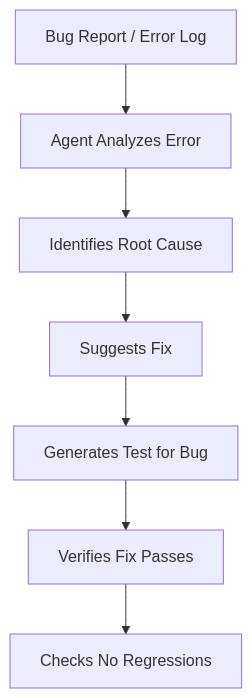
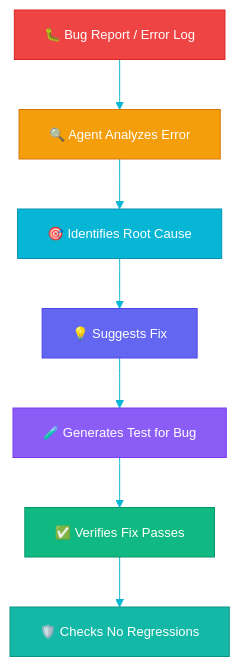
The tenth of 12 diagrams in docs/study_notes.md (JohannesRabauer/gh-600-preparation), drawn with Mermaid before and after one commit. The commit also changed other lines of this file and 5 other files, not shown here.

First line of the commit message:
feat: add colorful animated diagrams and pictograms across study material

````diff
--- a/docs/study_notes.md
+++ b/docs/study_notes.md
@@ -1239,9 +1301,18 @@
 ```mermaid
+%%{init: {'theme': 'base', 'themeVariables': {'primaryColor': '#ef4444', 'primaryTextColor': '#fff', 'lineColor': '#06b6d4', 'fontSize': '13px'}}}%%
 graph TD
-    A[Bug Report / Error Log] --> B[Agent Analyzes Error]
-    B --> C[Identifies Root Cause]
-    C --> D[Suggests Fix]
-    D --> E[Generates Test for Bug]
-    E --> F[Verifies Fix Passes]
-    F --> G[Checks No Regressions]
+    A[🐛 Bug Report / Error Log]:::bug --> B[🔍 Agent Analyzes Error]:::analyze
+    B --> C[🎯 Identifies Root Cause]:::find
+    C --> D[💡 Suggests Fix]:::fix
+    D --> E[🧪 Generates Test for Bug]:::test
+    E --> F[✅ Verifies Fix Passes]:::verify
+    F --> G[🛡️ Checks No Regressions]:::safe
+
+    classDef bug fill:#ef4444,stroke:#dc2626,color:#fff
+    classDef analyze fill:#f59e0b,stroke:#d97706,color:#fff
+    classDef find fill:#06b6d4,stroke:#0891b2,color:#fff
+    classDef fix fill:#6366f1,stroke:#4f46e5,color:#fff
+    classDef test fill:#8b5cf6,stroke:#7c3aed,color:#fff
+    classDef verify fill:#10b981,stroke:#059669,color:#fff
+    classDef safe fill:#14b8a6,stroke:#0d9488,color:#fff
 ```
````
